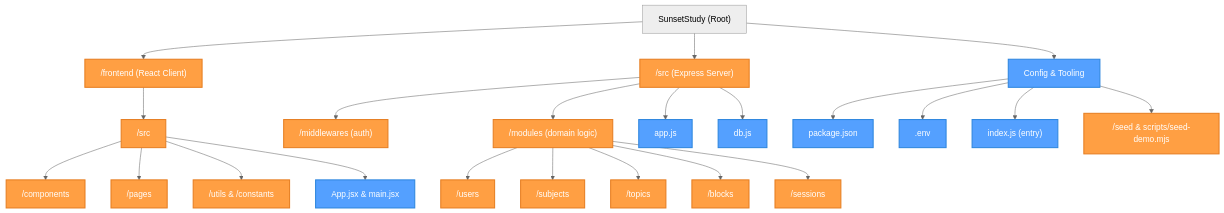
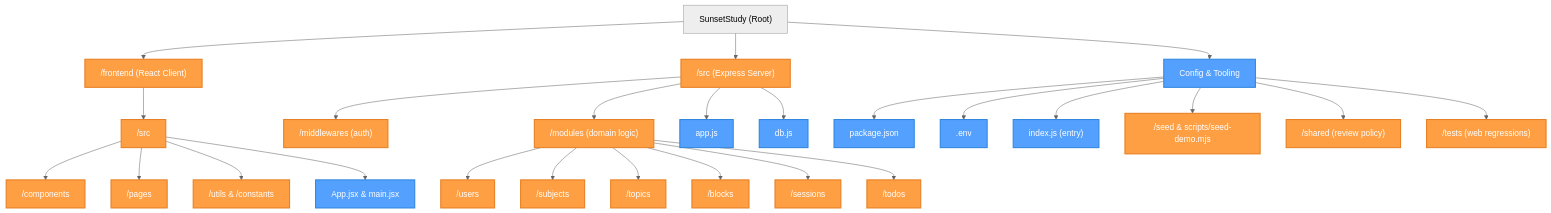
One commit to Naveen-nm27/SunsetStudy changed the first of 3 diagrams in README.md. Above: the diagram before and after it, drawn with Mermaid (neutral theme). The commit also changed other lines of this file and 76 other files, not shown here.

````diff
--- a/README.md
+++ b/README.md
@@ -52,37 +60,40 @@
 ```mermaid
 graph TD
     Root["SunsetStudy (Root)"] --> Frontend["/frontend (React Client)"]
     Root --> Backend["/src (Express Server)"]
     Root --> RootFiles["Config & Tooling"]
 
     %% Frontend Structure
     Frontend --> F_Src["/src"]
     F_Src --> F_Components["/components"]
     F_Src --> F_Pages["/pages"]
     F_Src --> F_Utils["/utils & /constants"]
     F_Src --> F_App["App.jsx & main.jsx"]
 
     %% Backend Structure
     Backend --> B_Middlewares["/middlewares (auth)"]
     Backend --> B_Modules["/modules (domain logic)"]
 
     B_Modules --> Mod_Users["/users"]
     B_Modules --> Mod_Subjects["/subjects"]
     B_Modules --> Mod_Topics["/topics"]
     B_Modules --> Mod_Blocks["/blocks"]
     B_Modules --> Mod_Sessions["/sessions"]
+    B_Modules --> Mod_Todos["/todos"]
 
     Backend --> B_App["app.js"]
     Backend --> B_DB["db.js"]
 
     RootFiles --> Pkg["package.json"]
     RootFiles --> Env[".env"]
     RootFiles --> Index["index.js (entry)"]
     RootFiles --> Seed["/seed & scripts/seed-demo.mjs"]
+    RootFiles --> Shared["/shared (review policy)"]
+    RootFiles --> Tests["/tests (web regressions)"]
 
     classDef folder fill:#ff9f43,stroke:#e67e22,stroke-width:2px,color:#fff;
     classDef file fill:#54a0ff,stroke:#2e86de,stroke-width:2px,color:#fff;
 
-    class Frontend,Backend,F_Src,F_Components,F_Pages,F_Utils,B_Middlewares,B_Modules,Mod_Users,Mod_Subjects,Mod_Topics,Mod_Blocks,Mod_Sessions,Seed folder;
+    class Frontend,Backend,F_Src,F_Components,F_Pages,F_Utils,B_Middlewares,B_Modules,Mod_Users,Mod_Subjects,Mod_Topics,Mod_Blocks,Mod_Sessions,Mod_Todos,Seed,Shared,Tests folder;
     class RootFiles,F_App,B_App,B_DB,Pkg,Env,Index file;
 ```
````
